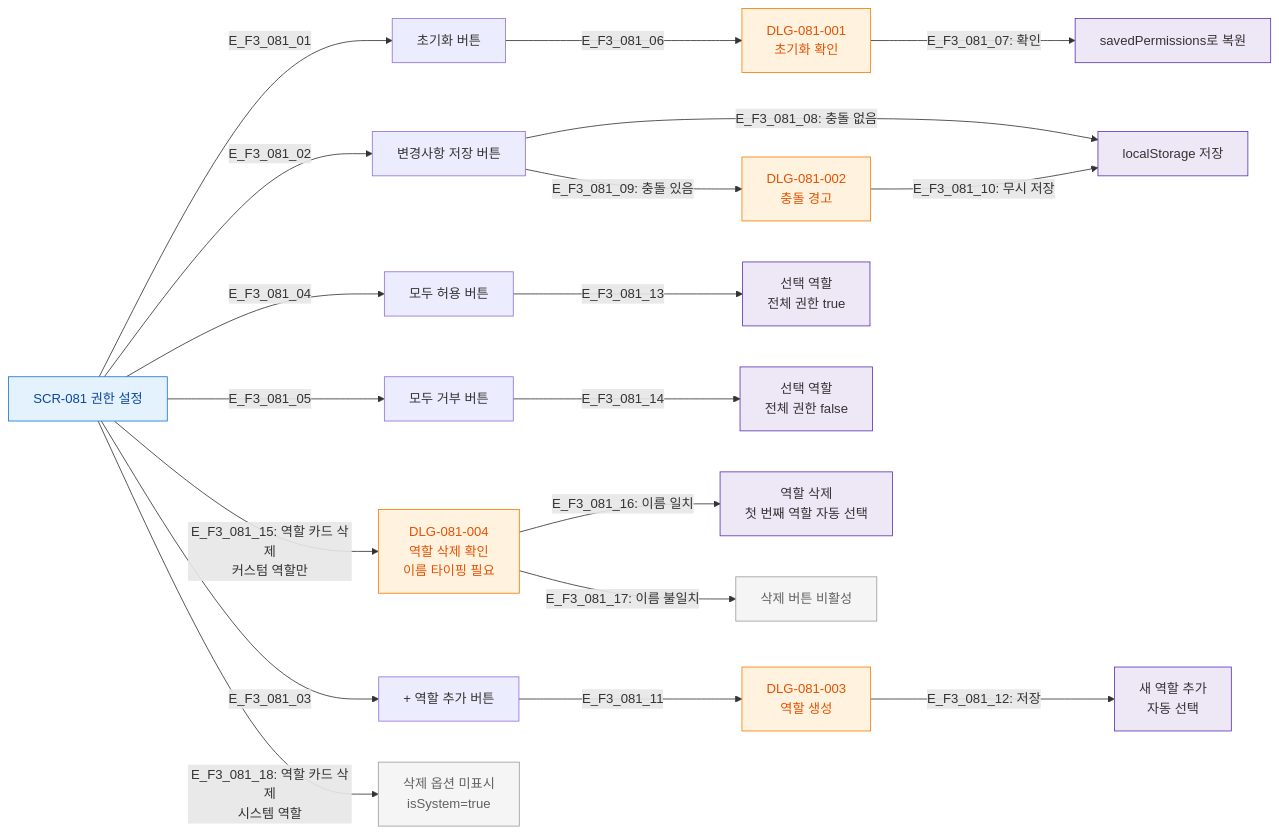
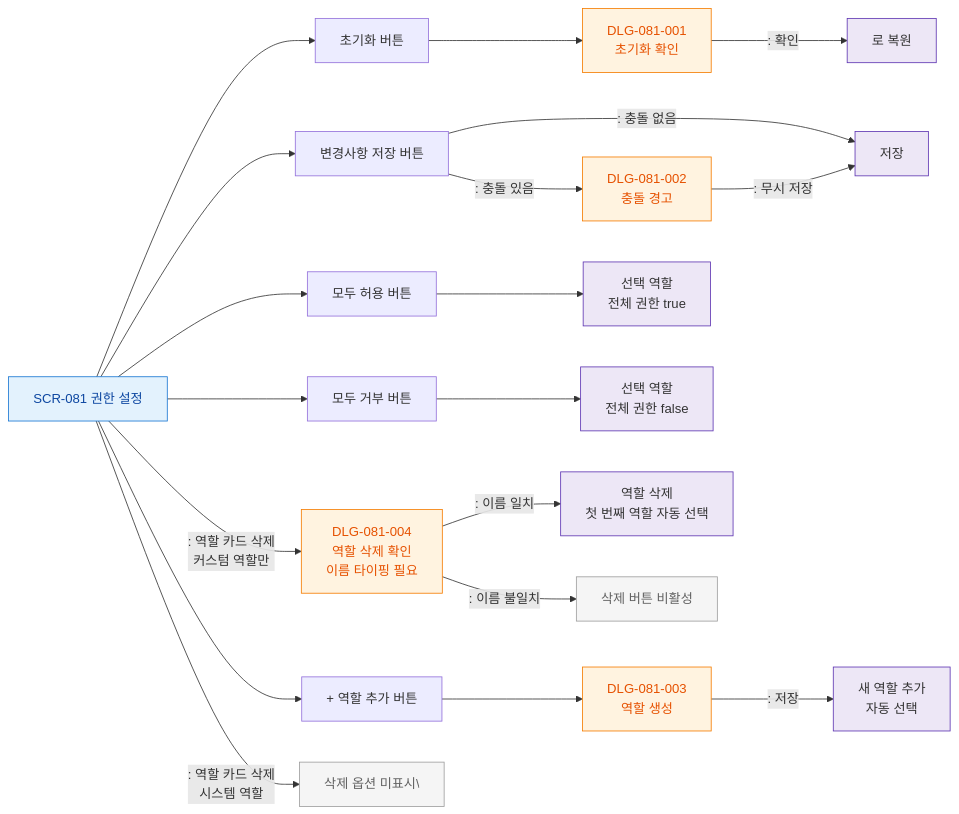
Before and after one commit to dev-spogym/admin-pando: the diagram in docs/다이어그램/D09_설정관리/SCR-081_권한설정/F3_버튼액션.md, drawn with Mermaid. The commit also changed other lines of this file and 1660 other files, not shown here.

First line of the commit message:
다이어그램: 기획자/클라이언트 납품본으로 정리

````diff
--- a/docs/다이어그램/D09_설정관리/SCR-081_권한설정/F3_버튼액션.md
+++ b/docs/다이어그램/D09_설정관리/SCR-081_권한설정/F3_버튼액션.md
@@ -17,38 +15,38 @@
 ```mermaid
 flowchart LR
     SCR081[SCR-081 권한 설정]
 
-    SCR081 -->|E_F3_081_01| BTN_RESET[초기화 버튼]
-    SCR081 -->|E_F3_081_02| BTN_SAVE[변경사항 저장 버튼]
-    SCR081 -->|E_F3_081_03| BTN_ADD[+ 역할 추가 버튼]
-    SCR081 -->|E_F3_081_04| BTN_ALLOW[모두 허용 버튼]
-    SCR081 -->|E_F3_081_05| BTN_DENY[모두 거부 버튼]
+    SCR081 --> BTN_RESET[초기화 버튼]
+    SCR081 --> BTN_SAVE[변경사항 저장 버튼]
+    SCR081 --> BTN_ADD[+ 역할 추가 버튼]
+    SCR081 --> BTN_ALLOW[모두 허용 버튼]
+    SCR081 --> BTN_DENY[모두 거부 버튼]
 
-    BTN_RESET -->|E_F3_081_06| DLG_001[DLG-081-001\n초기화 확인]
-    DLG_001 -->|"E_F3_081_07: 확인"| ACT_RESET[savedPermissions로 복원]
+    BTN_RESET --> DLG_001[DLG-081-001\n초기화 확인]
+    DLG_001 -->|": 확인"|ACT_RESET[로 복원]
 
-    BTN_SAVE -->|"E_F3_081_08: 충돌 없음"| ACT_SAVE[localStorage 저장]
-    BTN_SAVE -->|"E_F3_081_09: 충돌 있음"| DLG_002[DLG-081-002\n충돌 경고]
-    DLG_002 -->|"E_F3_081_10: 무시 저장"| ACT_SAVE
+    BTN_SAVE -->|": 충돌 없음"|ACT_SAVE[저장]
+    BTN_SAVE -->|": 충돌 있음"|DLG_002[DLG-081-002\n충돌 경고]
+    DLG_002 -->|": 무시 저장"|ACT_SAVE
 
-    BTN_ADD -->|E_F3_081_11| DLG_003[DLG-081-003\n역할 생성]
-    DLG_003 -->|"E_F3_081_12: 저장"| ACT_ADD_ROLE[새 역할 추가\n자동 선택]
+    BTN_ADD --> DLG_003[DLG-081-003\n역할 생성]
+    DLG_003 -->|": 저장"|ACT_ADD_ROLE[새 역할 추가\n자동 선택]
 
-    BTN_ALLOW -->|E_F3_081_13| ACT_ALLOW[선택 역할\n전체 권한 true]
-    BTN_DENY -->|E_F3_081_14| ACT_DENY[선택 역할\n전체 권한 false]
+    BTN_ALLOW --> ACT_ALLOW[선택 역할\n전체 권한 true]
+    BTN_DENY --> ACT_DENY[선택 역할\n전체 권한 false]
 
-    SCR081 -->|"E_F3_081_15: 역할 카드 삭제\n커스텀 역할만"| DLG_004[DLG-081-004\n역할 삭제 확인\n이름 타이핑 필요]
-    DLG_004 -->|"E_F3_081_16: 이름 일치"| ACT_DEL_ROLE[역할 삭제\n첫 번째 역할 자동 선택]
-    DLG_004 -->|"E_F3_081_17: 이름 불일치"| ACT_DEL_BLOCK[삭제 버튼 비활성]
+    SCR081 -->|": 역할 카드 삭제\n커스텀 역할만"|DLG_004[DLG-081-004\n역할 삭제 확인\n이름 타이핑 필요]
+    DLG_004 -->|": 이름 일치"|ACT_DEL_ROLE[역할 삭제\n첫 번째 역할 자동 선택]
+    DLG_004 -->|": 이름 불일치"|ACT_DEL_BLOCK[삭제 버튼 비활성]
 
-    SCR081 -->|"E_F3_081_18: 역할 카드 삭제\n시스템 역할"| ACT_SYS_LOCK[삭제 옵션 미표시\nisSystem=true]
+    SCR081 -->|": 역할 카드 삭제\n시스템 역할"|ACT_SYS_LOCK[삭제 옵션 미표시\]
 
     classDef screen fill:#E3F2FD,stroke:#1976D2,color:#0D47A1
     classDef modal fill:#FFF3E0,stroke:#F57C00,color:#E65100
     classDef system fill:#EDE7F6,stroke:#5E35B2
     classDef rbacBlocked fill:#F5F5F5,stroke:#9E9E9E,color:#616161
     class SCR081 screen
     class DLG_001,DLG_002,DLG_003,DLG_004 modal
     class ACT_RESET,ACT_SAVE,ACT_ADD_ROLE,ACT_ALLOW,ACT_DENY,ACT_DEL_ROLE system
     class ACT_DEL_BLOCK,ACT_SYS_LOCK rbacBlocked
 ```
````
